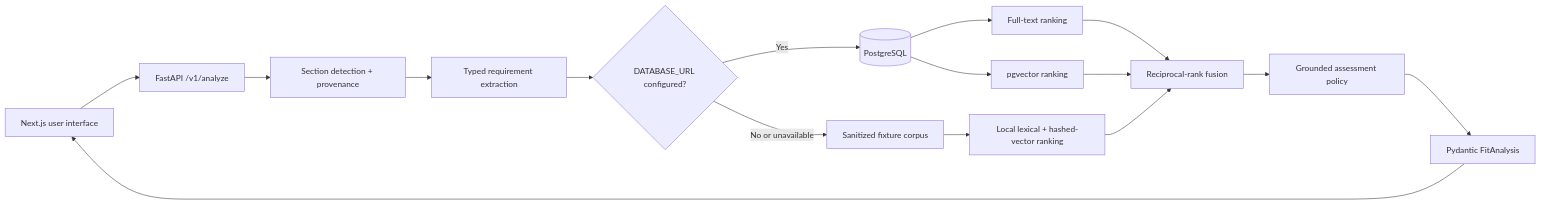
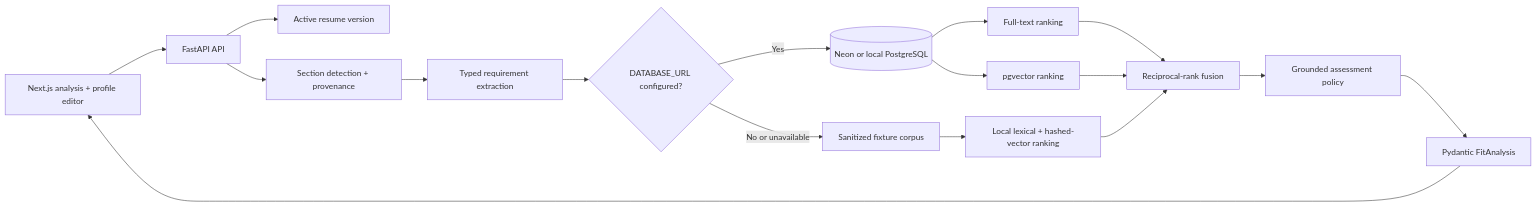
The diagram in README.md (tjfalcon/rolesignal), drawn with Mermaid before and after one commit. The commit also changed other lines of this file and 17 other files, not shown here.

First line of the commit message:
Add sanitized profile and resume version management (#13)

````diff
--- a/README.md
+++ b/README.md
@@ -46,18 +49,19 @@
 ```mermaid
 flowchart LR
-  Browser[Next.js user interface] --> API[FastAPI /v1/analyze]
+  Browser[Next.js analysis + profile editor] --> API[FastAPI API]
+  API --> Profiles[Active resume version]
   API --> Sections[Section detection + provenance]
   Sections --> Extract[Typed requirement extraction]
   Extract --> Select{DATABASE_URL configured?}
-  Select -->|Yes| PG[(PostgreSQL)]
+  Select -->|Yes| PG[(Neon or local PostgreSQL)]
   PG --> FTS[Full-text ranking]
   PG --> Vector[pgvector ranking]
   FTS --> Fuse[Reciprocal-rank fusion]
   Vector --> Fuse
   Select -->|No or unavailable| Fixture[Sanitized fixture corpus]
   Fixture --> Local[Local lexical + hashed-vector ranking]
   Local --> Fuse
   Fuse --> Assess[Grounded assessment policy]
   Assess --> Contract[Pydantic FitAnalysis]
   Contract --> Browser
 ```
````
